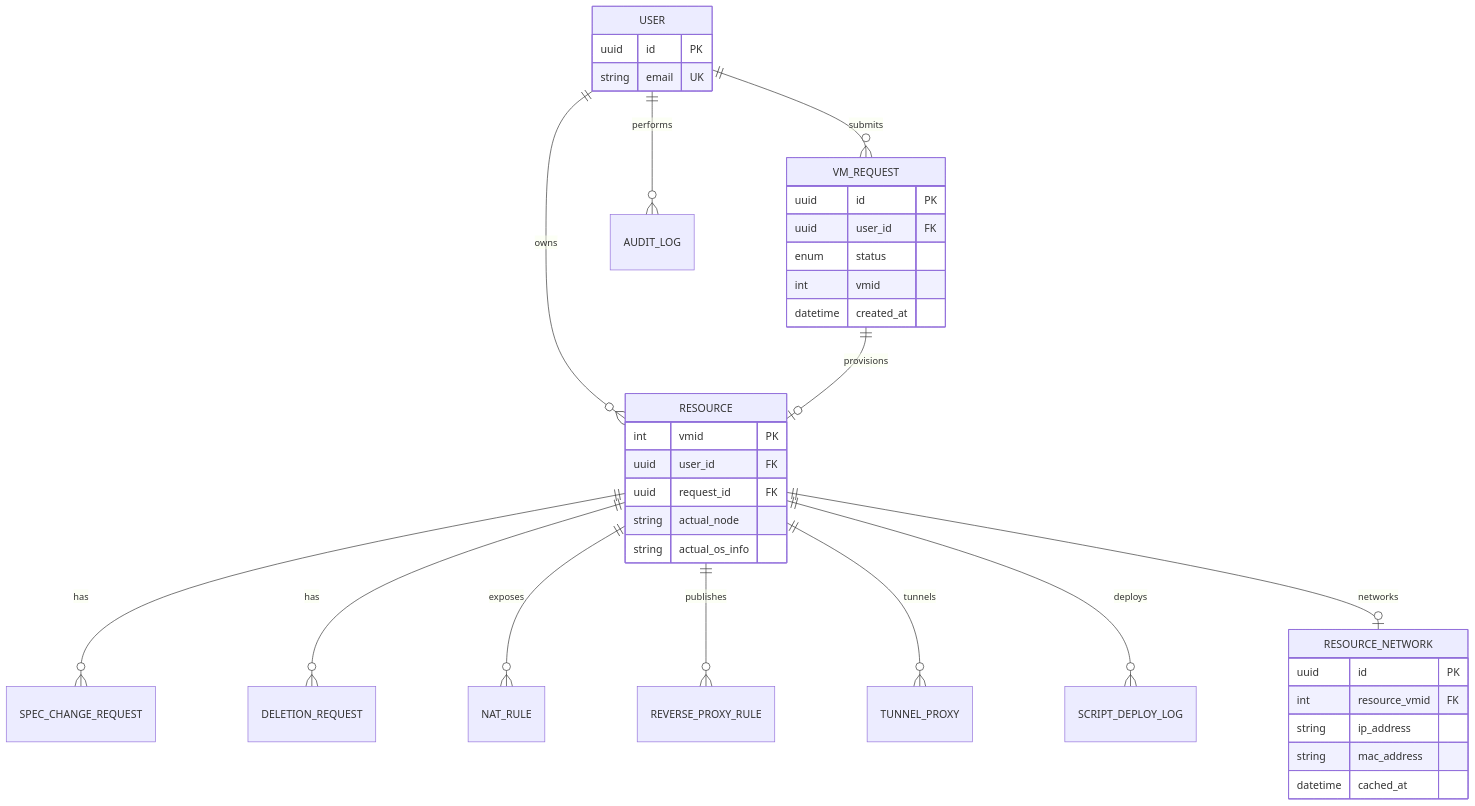
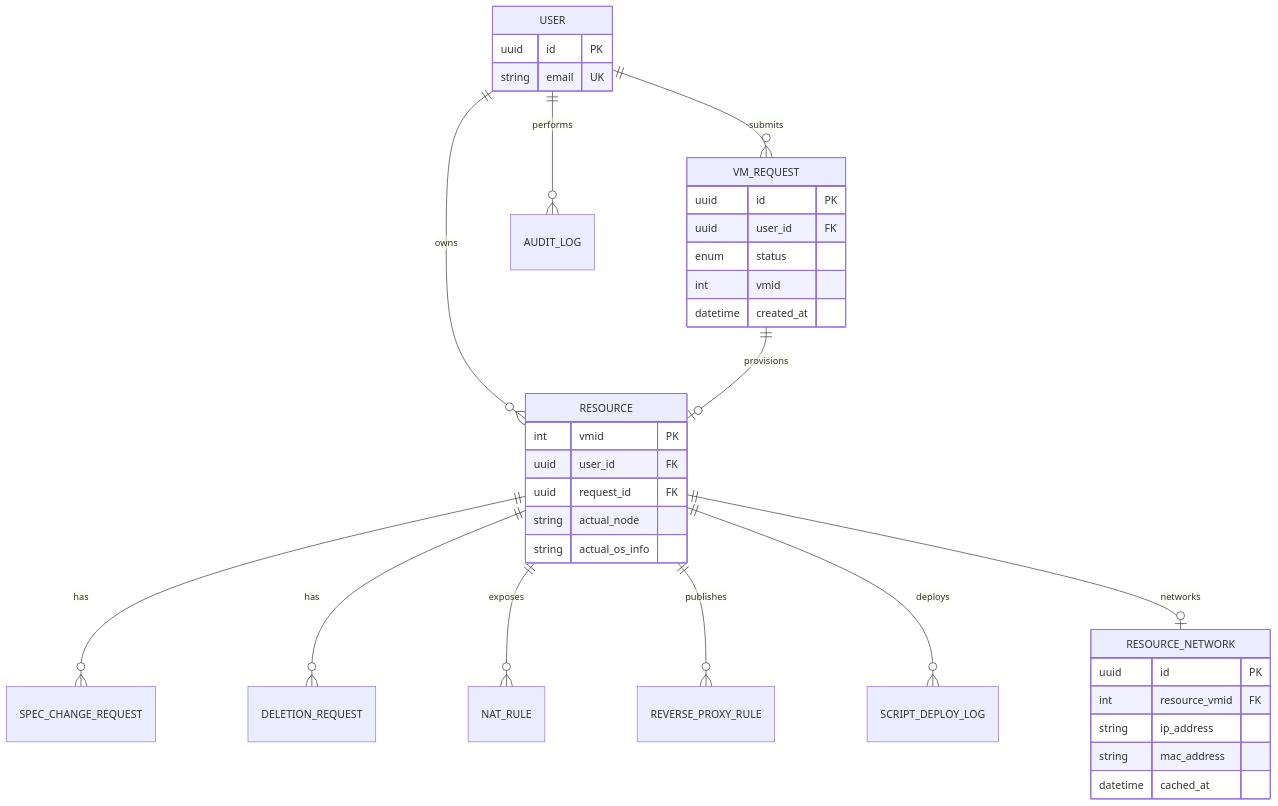
Before and after one commit to 11156023/SkyLab: the second of 3 diagrams in docs/database-optimization-README.md, drawn with Mermaid. The commit also changed other lines of this file and 40 other files, not shown here.

````diff
--- a/docs/database-optimization-README.md
+++ b/docs/database-optimization-README.md
@@ -57,43 +57,42 @@
 ```mermaid
 erDiagram
     USER ||--o{ VM_REQUEST : submits
     USER ||--o{ RESOURCE : owns
     VM_REQUEST ||--o| RESOURCE : provisions
     RESOURCE ||--o{ SPEC_CHANGE_REQUEST : has
     RESOURCE ||--o{ DELETION_REQUEST : has
     RESOURCE ||--o{ NAT_RULE : exposes
     RESOURCE ||--o{ REVERSE_PROXY_RULE : publishes
-    RESOURCE ||--o{ TUNNEL_PROXY : tunnels
     RESOURCE ||--o{ SCRIPT_DEPLOY_LOG : deploys
     RESOURCE ||--o| RESOURCE_NETWORK : networks
     USER ||--o{ AUDIT_LOG : performs
 
     USER {
         uuid id PK
         string email UK
     }
 
     VM_REQUEST {
         uuid id PK
         uuid user_id FK
         enum status
         int vmid
         datetime created_at
     }
 
     RESOURCE {
         int vmid PK
         uuid user_id FK
         uuid request_id FK
         string actual_node
         string actual_os_info
     }
 
     RESOURCE_NETWORK {
         uuid id PK
         int resource_vmid FK
         string ip_address
         string mac_address
         datetime cached_at
     }
 ```
````
